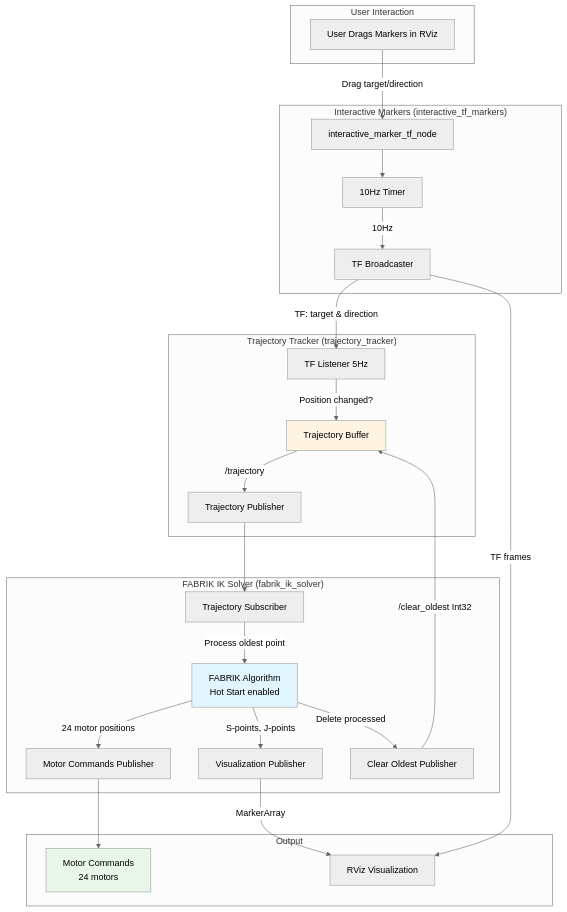
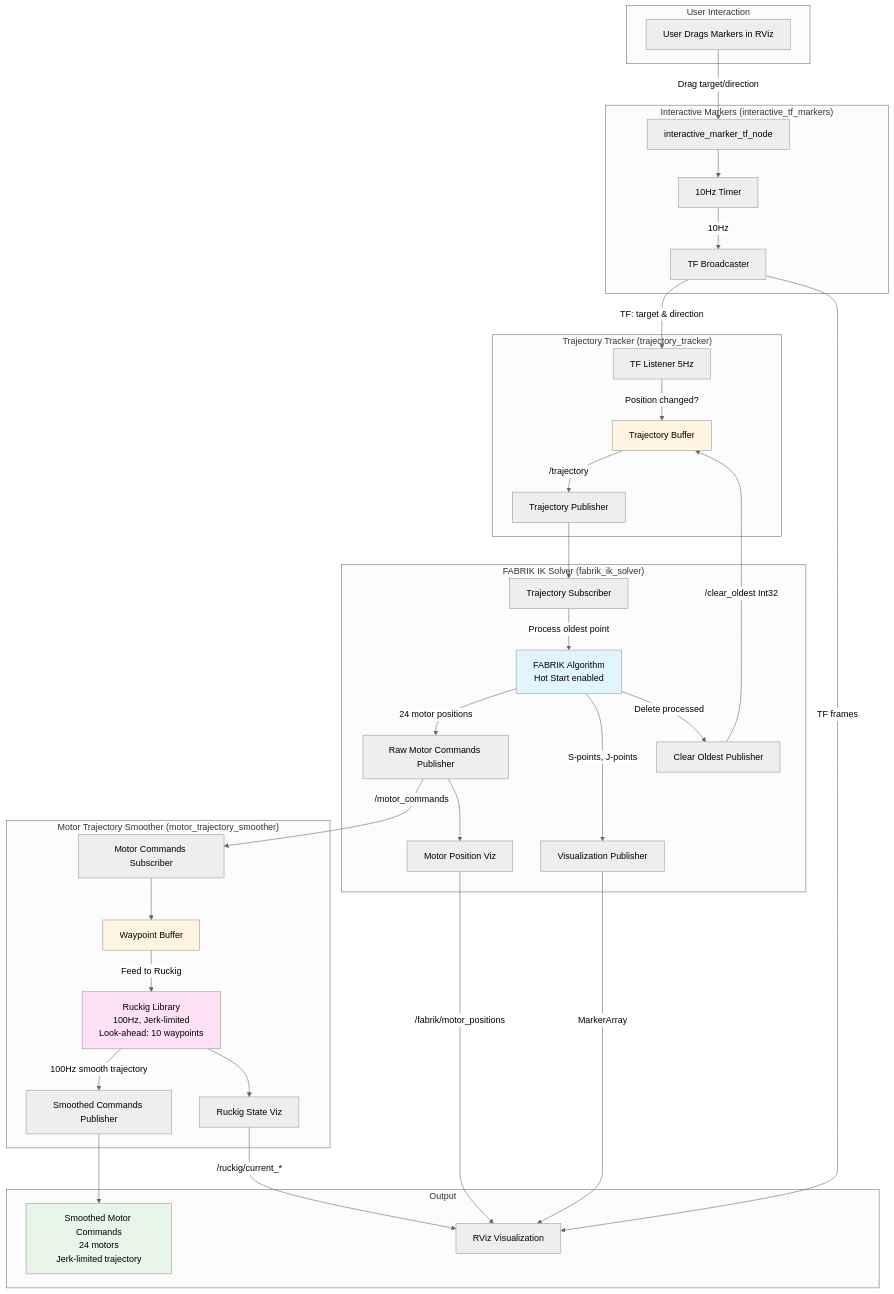
The diagram in ARCHITECTURE.md (NanayasWorkshop/ros2_delta_robot), drawn with Mermaid (neutral theme) before and after one commit. The commit also changed other lines of this file, not shown here.

First line of the commit message:
Update ARCHITECTURE.md with motor_trajectory_smoother package

````diff
--- a/ARCHITECTURE.md
+++ b/ARCHITECTURE.md
@@ -8,51 +8,70 @@
 ```mermaid
 graph TB
     subgraph User["User Interaction"]
         USER[User Drags Markers in RViz]
     end
 
     subgraph Markers["Interactive Markers (interactive_tf_markers)"]
         IM[interactive_marker_tf_node]
         TIMER[10Hz Timer]
         TFPUB[TF Broadcaster]
     end
 
     subgraph Tracker["Trajectory Tracker (trajectory_tracker)"]
         TFLISTEN[TF Listener 5Hz]
         BUFFER[Trajectory Buffer]
         TRAJ_PUB[Trajectory Publisher]
     end
 
     subgraph FABRIK["FABRIK IK Solver (fabrik_ik_solver)"]
         IK_SUB[Trajectory Subscriber]
         SOLVER[FABRIK Algorithm<br/>Hot Start enabled]
-        MOTORS_PUB[Motor Commands Publisher]
+        RAW_MOTORS_PUB[Raw Motor Commands Publisher]
         VIZ_PUB[Visualization Publisher]
         CLEAR_PUB[Clear Oldest Publisher]
+        FABRIK_VIZ[Motor Position Viz]
+    end
+
+    subgraph Smoother["Motor Trajectory Smoother (motor_trajectory_smoother)"]
+        SMOOTH_SUB[Motor Commands Subscriber]
+        WP_BUFFER[Waypoint Buffer]
+        RUCKIG[Ruckig Library<br/>100Hz, Jerk-limited<br/>Look-ahead: 10 waypoints]
+        SMOOTH_PUB[Smoothed Commands Publisher]
+        RUCKIG_VIZ[Ruckig State Viz]
     end
 
     subgraph Output["Output"]
         RVIZ[RViz Visualization]
-        MOTOR_CMD[Motor Commands<br/>24 motors]
+        SMOOTH_CMD[Smoothed Motor Commands<br/>24 motors<br/>Jerk-limited trajectory]
     end
 
     USER -->|Drag target/direction| IM
     IM --> TIMER
     TIMER -->|10Hz| TFPUB
     TFPUB -->|TF: target & direction| TFLISTEN
     TFLISTEN -->|Position changed?| BUFFER
     BUFFER -->|/trajectory| TRAJ_PUB
     TRAJ_PUB --> IK_SUB
     IK_SUB -->|Process oldest point| SOLVER
-    SOLVER -->|24 motor positions| MOTORS_PUB
+    SOLVER -->|24 motor positions| RAW_MOTORS_PUB
     SOLVER -->|S-points, J-points| VIZ_PUB
     SOLVER -->|Delete processed| CLEAR_PUB
-    MOTORS_PUB --> MOTOR_CMD
+    RAW_MOTORS_PUB -->|/motor_commands| SMOOTH_SUB
+    RAW_MOTORS_PUB --> FABRIK_VIZ
+    SMOOTH_SUB --> WP_BUFFER
+    WP_BUFFER -->|Feed to Ruckig| RUCKIG
+    RUCKIG -->|100Hz smooth trajectory| SMOOTH_PUB
+    RUCKIG --> RUCKIG_VIZ
+    SMOOTH_PUB --> SMOOTH_CMD
     VIZ_PUB -->|MarkerArray| RVIZ
+    FABRIK_VIZ -->|/fabrik/motor_positions| RVIZ
+    RUCKIG_VIZ -->|/ruckig/current_*| RVIZ
     TFPUB -->|TF frames| RVIZ
     CLEAR_PUB -->|/clear_oldest Int32| BUFFER
 
     style SOLVER fill:#e1f5ff
+    style RUCKIG fill:#ffe1f5
     style BUFFER fill:#fff4e1
-    style MOTOR_CMD fill:#e8f5e9
+    style WP_BUFFER fill:#fff4e1
+    style SMOOTH_CMD fill:#e8f5e9
 ```
````
